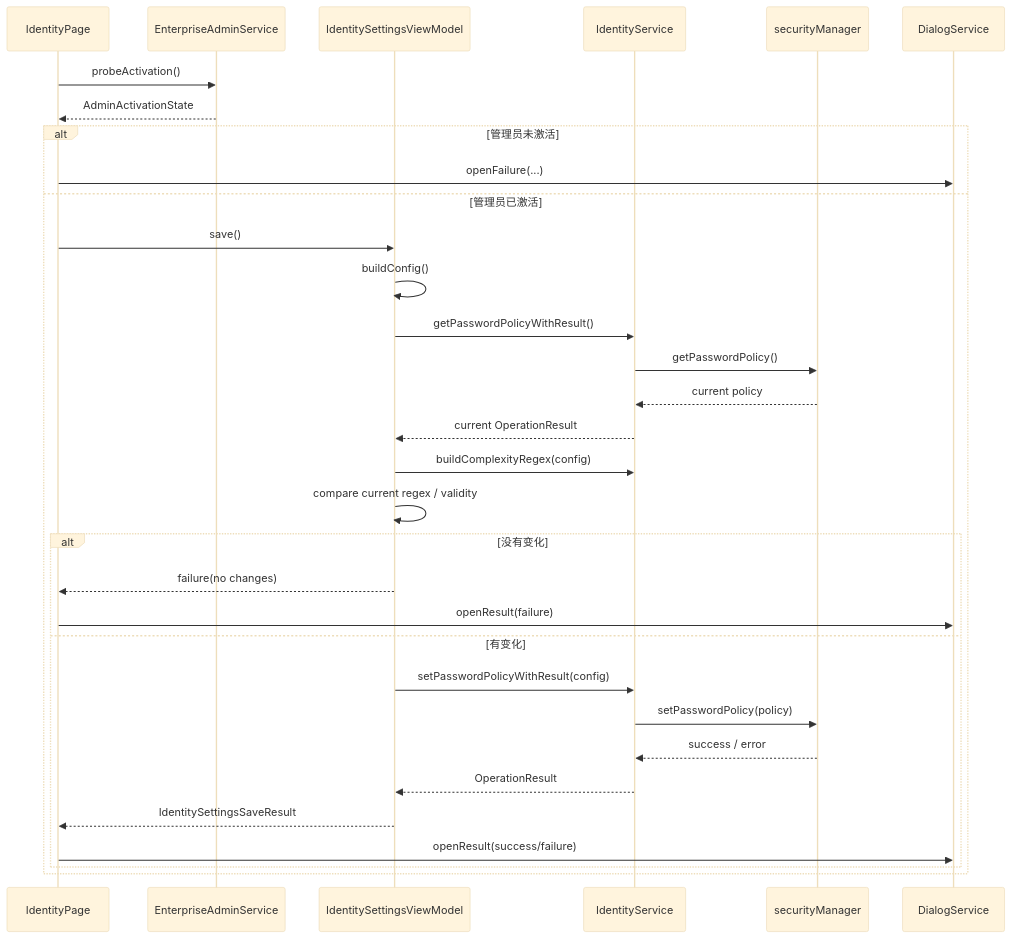
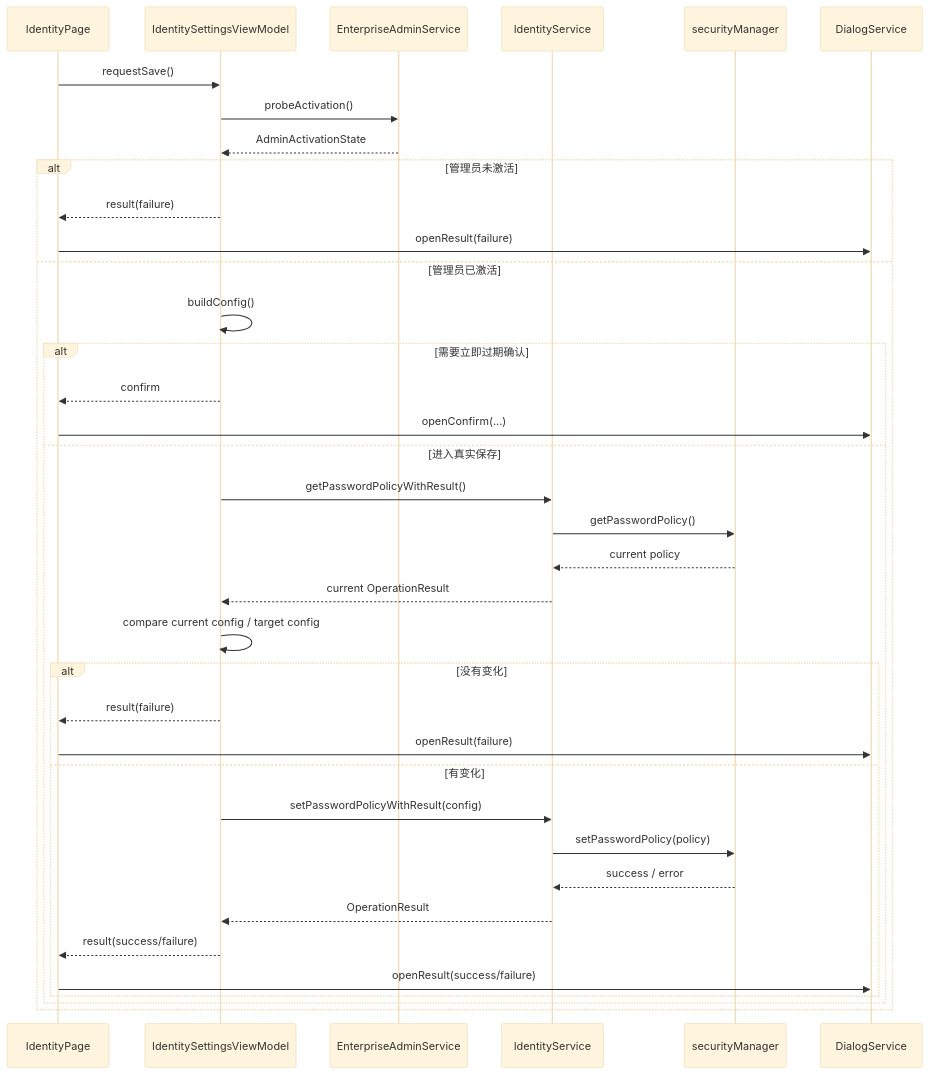
The fifth of 7 diagrams in docs/03-模块设计/身份鉴别组件设计说明.md (Deslord319/security_tool), drawn with Mermaid (base theme) before and after one commit. The commit also changed other lines of this file and 43 other files, not shown here.

Commit message:
refactor identity settings and centralize app resources

````diff
--- a/docs/03-模块设计/身份鉴别组件设计说明.md
+++ b/docs/03-模块设计/身份鉴别组件设计说明.md
@@ -294,35 +305,40 @@
 ```mermaid
 sequenceDiagram
   participant UI as IdentityPage
+  participant VM as IdentitySettingsViewModel
   participant Admin as EnterpriseAdminService
-  participant VM as IdentitySettingsViewModel
   participant Service as IdentityService
   participant MDM as securityManager
   participant Dialog as DialogService
 
-  UI->>Admin: probeActivation()
-  Admin-->>UI: AdminActivationState
+  UI->>VM: requestSave()
+  VM->>Admin: probeActivation()
+  Admin-->>VM: AdminActivationState
   alt 管理员未激活
-    UI->>Dialog: openFailure(...)
+    VM-->>UI: result(failure)
+    UI->>Dialog: openResult(failure)
   else 管理员已激活
-    UI->>VM: save()
     VM->>VM: buildConfig()
-    VM->>Service: getPasswordPolicyWithResult()
-    Service->>MDM: getPasswordPolicy()
-    MDM-->>Service: current policy
-    Service-->>VM: current OperationResult
-    VM->>Service: buildComplexityRegex(config)
-    VM->>VM: compare current regex / validity
-    alt 没有变化
-      VM-->>UI: failure(no changes)
-      UI->>Dialog: openResult(failure)
-    else 有变化
-      VM->>Service: setPasswordPolicyWithResult(config)
-      Service->>MDM: setPasswordPolicy(policy)
-      MDM-->>Service: success / error
-      Service-->>VM: OperationResult
-      VM-->>UI: IdentitySettingsSaveResult
-      UI->>Dialog: openResult(success/failure)
+    alt 需要立即过期确认
+      VM-->>UI: confirm
+      UI->>Dialog: openConfirm(...)
+    else 进入真实保存
+      VM->>Service: getPasswordPolicyWithResult()
+      Service->>MDM: getPasswordPolicy()
+      MDM-->>Service: current policy
+      Service-->>VM: current OperationResult
+      VM->>VM: compare current config / target config
+      alt 没有变化
+        VM-->>UI: result(failure)
+        UI->>Dialog: openResult(failure)
+      else 有变化
+        VM->>Service: setPasswordPolicyWithResult(config)
+        Service->>MDM: setPasswordPolicy(policy)
+        MDM-->>Service: success / error
+        Service-->>VM: OperationResult
+        VM-->>UI: result(success/failure)
+        UI->>Dialog: openResult(success/failure)
+      end
     end
   end
 ```
````
